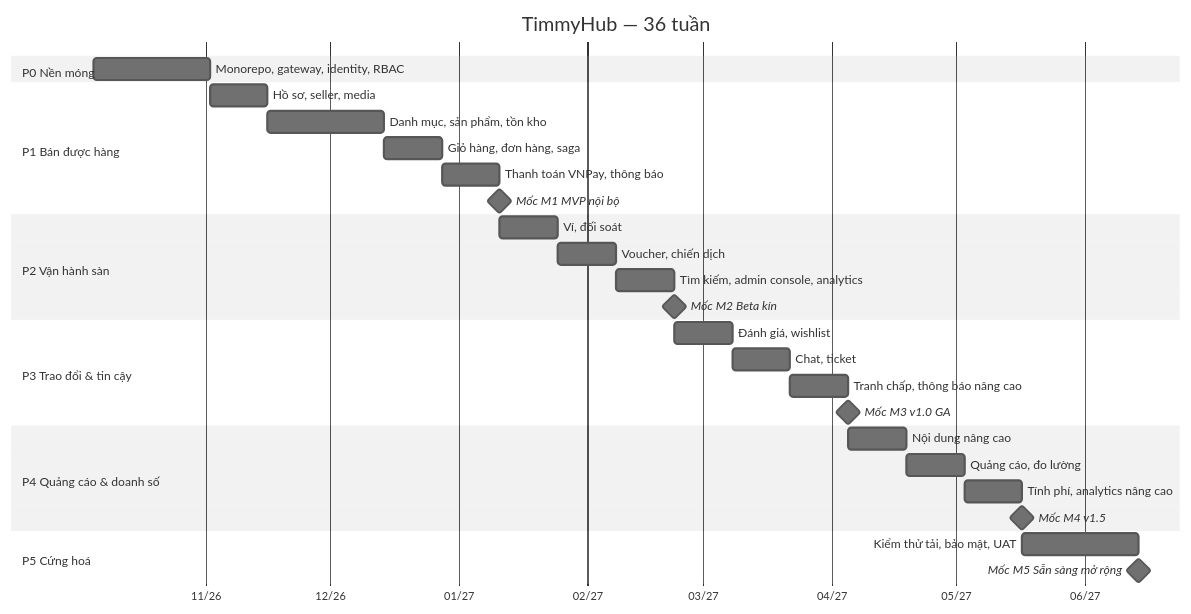
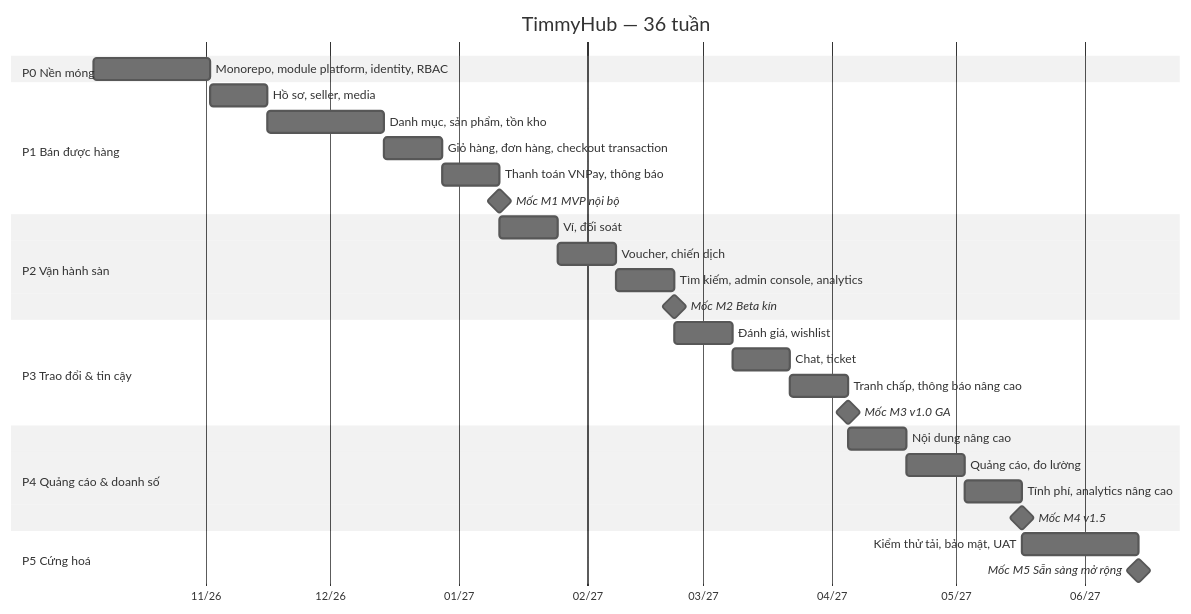
One commit to timmy277/timmyhub changed diagram 13 of 13 in docs/00-overview/project-plan.md. Above: the diagram before and after it, drawn with Mermaid (neutral theme). The commit also changed other lines of this file and 34 other files, not shown here.

````diff
--- a/docs/00-overview/project-plan.md
+++ b/docs/00-overview/project-plan.md
@@ -1817,32 +1878,32 @@
 ```mermaid
 gantt
     title TimmyHub — 36 tuần
     dateFormat  YYYY-MM-DD
     axisFormat  %m/%y
     section P0 Nền móng
-    Monorepo, gateway, identity, RBAC      :p0, 2026-10-05, 4w
+    Monorepo, module platform, identity, RBAC :p0, 2026-10-05, 4w
     section P1 Bán được hàng
     Hồ sơ, seller, media                   :p1a, after p0, 2w
     Danh mục, sản phẩm, tồn kho            :p1b, after p1a, 4w
-    Giỏ hàng, đơn hàng, saga               :p1c, after p1b, 2w
+    Giỏ hàng, đơn hàng, checkout transaction :p1c, after p1b, 2w
     Thanh toán VNPay, thông báo            :p1d, after p1c, 2w
     Mốc M1 MVP nội bộ                      :milestone, m1, after p1d, 0d
     section P2 Vận hành sàn
     Ví, đối soát                           :p2a, after p1d, 2w
     Voucher, chiến dịch                    :p2b, after p2a, 2w
     Tìm kiếm, admin console, analytics     :p2c, after p2b, 2w
     Mốc M2 Beta kín                        :milestone, m2, after p2c, 0d
     section P3 Trao đổi & tin cậy
     Đánh giá, wishlist                     :p3a, after p2c, 2w
     Chat, ticket                           :p3b, after p3a, 2w
     Tranh chấp, thông báo nâng cao         :p3c, after p3b, 2w
     Mốc M3 v1.0 GA                         :milestone, m3, after p3c, 0d
     section P4 Quảng cáo & doanh số
     Nội dung nâng cao                      :p4a, after p3c, 2w
     Quảng cáo, đo lường                    :p4b, after p4a, 2w
     Tính phí, analytics nâng cao           :p4c, after p4b, 2w
     Mốc M4 v1.5                            :milestone, m4, after p4c, 0d
     section P5 Cứng hoá
     Kiểm thử tải, bảo mật, UAT             :p5, after p4c, 4w
     Mốc M5 Sẵn sàng mở rộng                :milestone, m5, after p5, 0d
 ```
````
